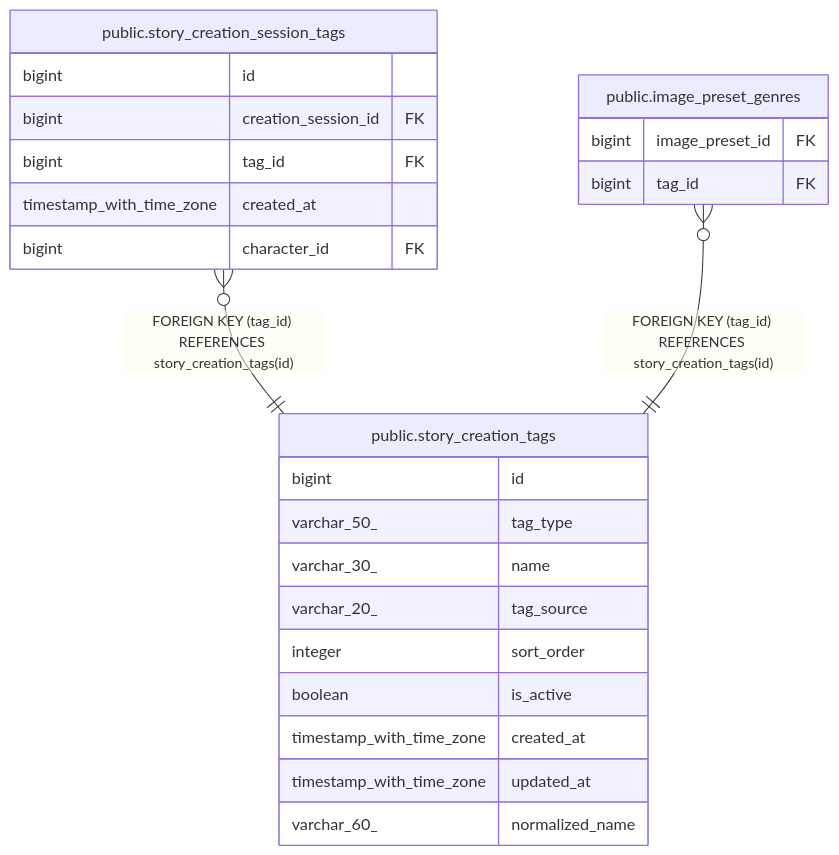
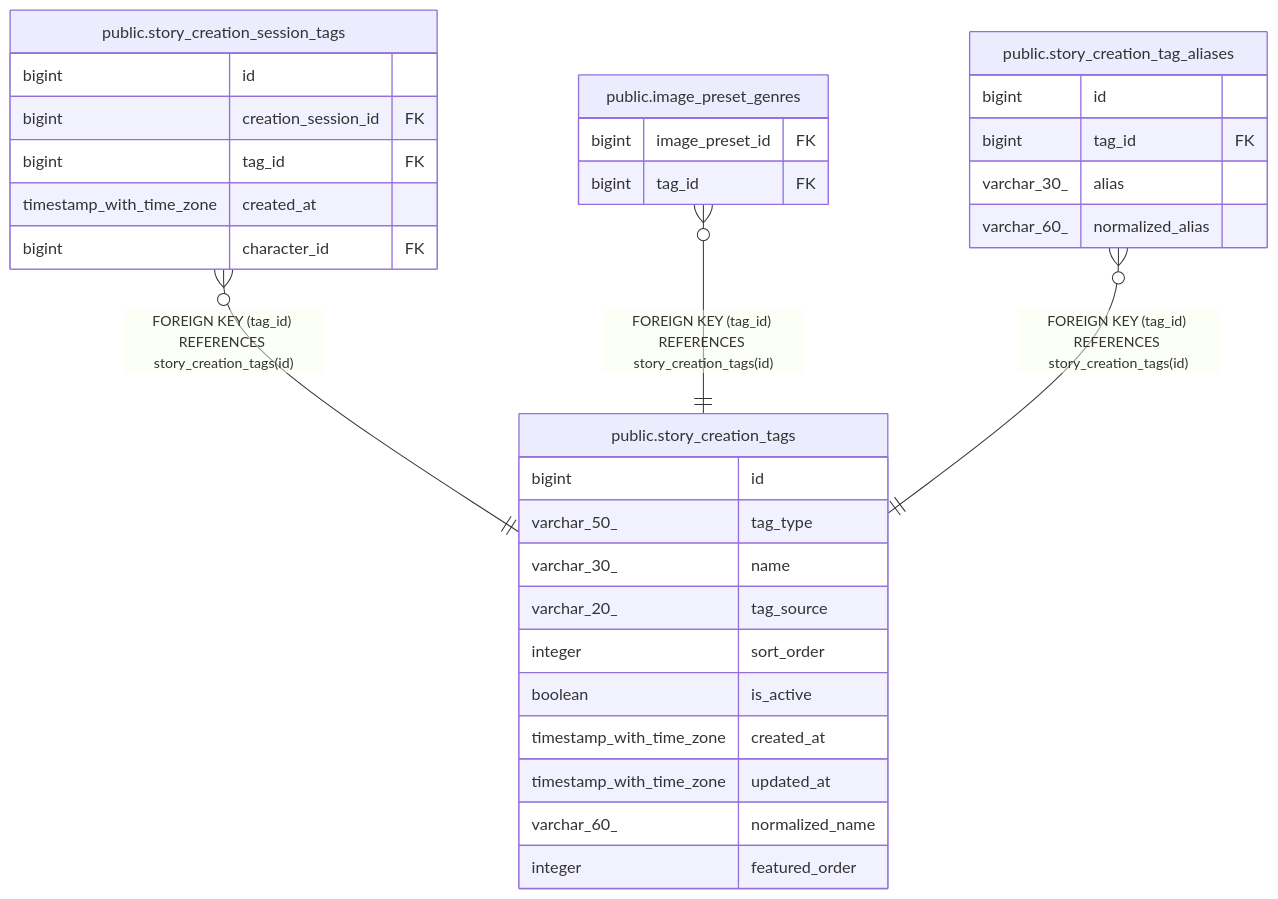
The diagram in dbdoc/public.story_creation_tags.md (KIM-N-KANG/manyak-server), drawn with Mermaid before and after one commit. The commit also changed other lines of this file and 20 other files, not shown here.

````diff
--- a/dbdoc/public.story_creation_tags.md
+++ b/dbdoc/public.story_creation_tags.md
@@ -37,29 +38,37 @@
 ```mermaid
 erDiagram
 
 "public.story_creation_session_tags" }o--|| "public.story_creation_tags" : "FOREIGN KEY (tag_id) REFERENCES story_creation_tags(id)"
 "public.image_preset_genres" }o--|| "public.story_creation_tags" : "FOREIGN KEY (tag_id) REFERENCES story_creation_tags(id)"
+"public.story_creation_tag_aliases" }o--|| "public.story_creation_tags" : "FOREIGN KEY (tag_id) REFERENCES story_creation_tags(id)"
 
 "public.story_creation_tags" {
   bigint id
   varchar_50_ tag_type
   varchar_30_ name
   varchar_20_ tag_source
   integer sort_order
   boolean is_active
   timestamp_with_time_zone created_at
   timestamp_with_time_zone updated_at
   varchar_60_ normalized_name
+  integer featured_order
 }
 "public.story_creation_session_tags" {
   bigint id
   bigint creation_session_id FK
   bigint tag_id FK
   timestamp_with_time_zone created_at
   bigint character_id FK
 }
 "public.image_preset_genres" {
   bigint image_preset_id FK
   bigint tag_id FK
 }
+"public.story_creation_tag_aliases" {
+  bigint id
+  bigint tag_id FK
+  varchar_30_ alias
+  varchar_60_ normalized_alias
+}
 ```
````
